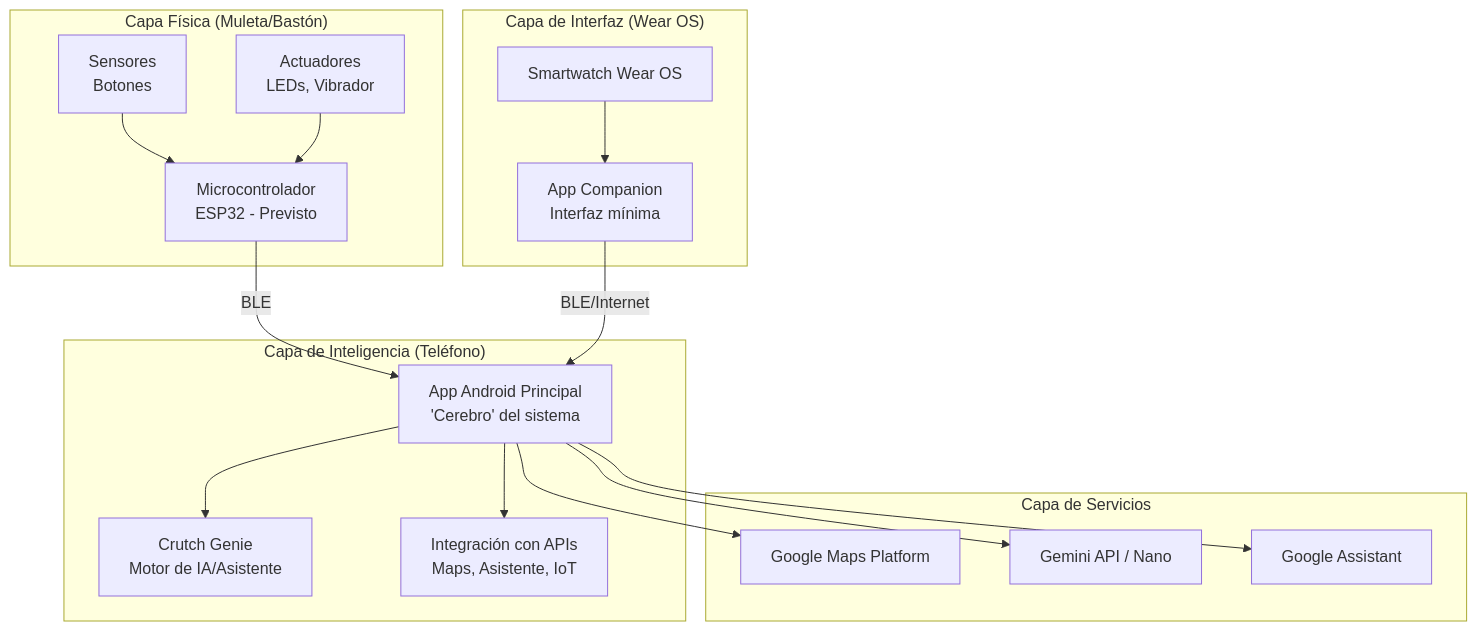
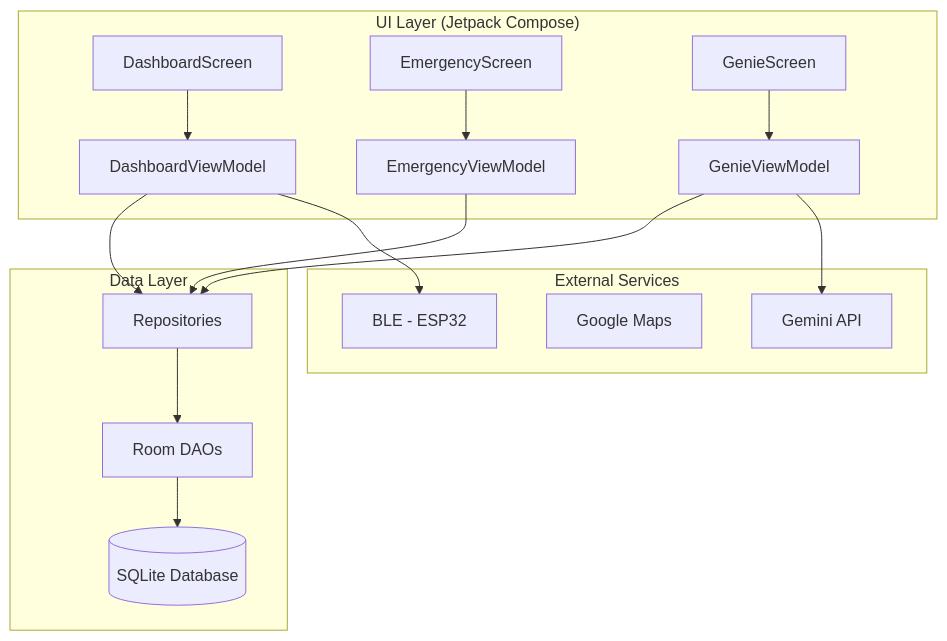
One commit to Charran78/SmartWand changed the diagram in README.md. Above: the diagram before and after it, drawn with Mermaid. The commit also changed other lines of this file, not shown here.

Commit message:
docs: Update README with current progress, tech stack, and architecture

````diff
--- a/README.md
+++ b/README.md
@@ -32,29 +37,25 @@
 ```mermaid
 graph TB
-    subgraph "Capa Física (Muleta/Bastón)"
-        A[Sensores<br>Botones] --> B[Microcontrolador<br>ESP32 - Previsto];
-        C[Actuadores<br>LEDs, Vibrador] --> B;
+    subgraph "UI Layer (Jetpack Compose)"
+        A[DashboardScreen] --> B[DashboardViewModel]
+        C[EmergencyScreen] --> D[EmergencyViewModel]
+        E[GenieScreen] --> F[GenieViewModel]
     end
-
-    subgraph "Capa de Interfaz (Wear OS)"
-        D[Smartwatch Wear OS] --> E[App Companion<br>Interfaz mínima];
+    
+    subgraph "Data Layer"
+        G[Repositories] --> H[Room DAOs]
+        H --> I[(SQLite Database)]
     end
-
-    subgraph "Capa de Inteligencia (Teléfono)"
-        F[App Android Principal<br/>'Cerebro' del sistema];
-        F --> G[Crutch Genie<br/>Motor de IA/Asistente];
-        F --> H[Integración con APIs<br/>Maps, Asistente, IoT];
+    
+    subgraph "External Services"
+        J[Gemini API]
+        K[Google Maps]
+        L[BLE - ESP32]
     end
-
-    subgraph "Capa de Servicios"
-        I[Google Maps Platform];
-        J[Gemini API / Nano];
-        K[Google Assistant];
-    end
-
-    B -- BLE --> F;
-    E -- BLE/Internet --> F;
-    F --> I;
-    F --> J;
-    F --> K;
+    
+    B --> G
+    D --> G
+    F --> G
+    F --> J
+    B --> L
 ```
````
